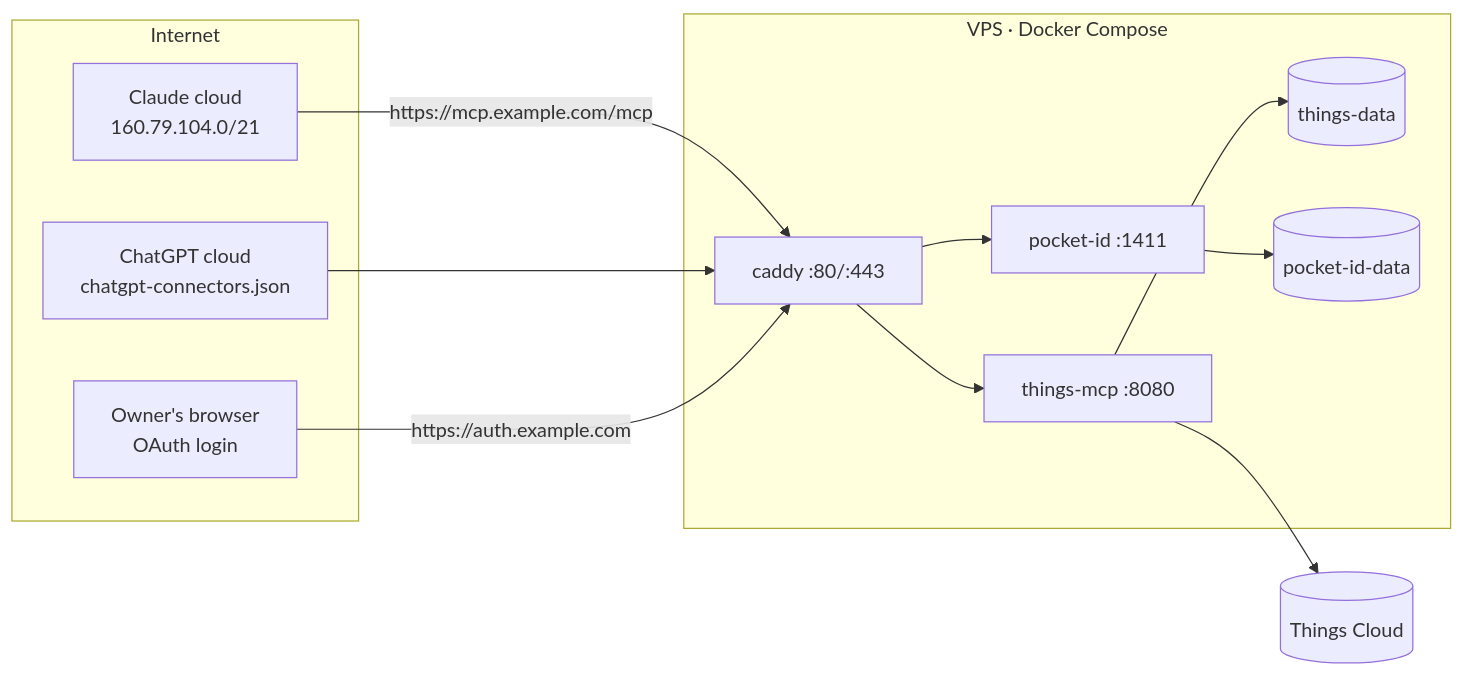
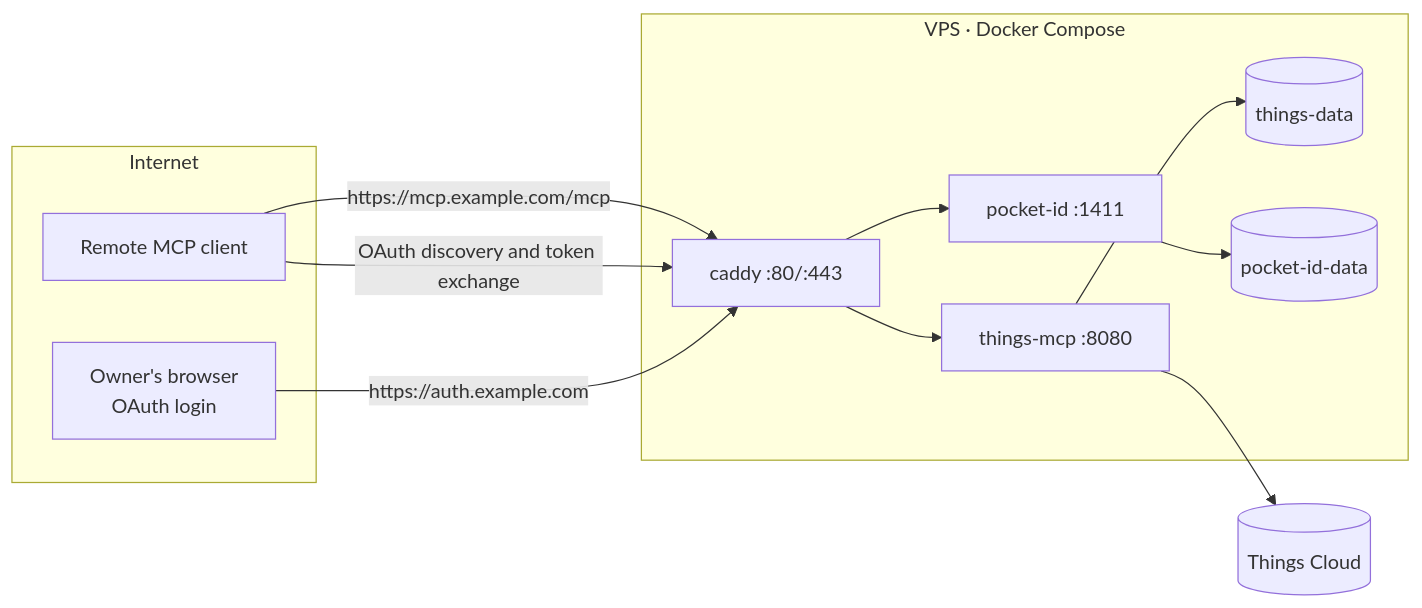
One commit to pachamaker/things-cloud-mcp changed the diagram in docs/deployment/vps.md. Above: the diagram before and after it, drawn with Mermaid. The commit also changed other lines of this file and 2 other files, not shown here.

Commit message:
Document compatibility with remote MCP clients

````diff
--- a/docs/deployment/vps.md
+++ b/docs/deployment/vps.md
@@ -37,24 +41,23 @@
 ```mermaid
 flowchart LR
   subgraph Internet
-    claude[Claude cloud<br/>160.79.104.0/21]
-    openai[ChatGPT cloud<br/>chatgpt-connectors.json]
+    client[Remote MCP client]
     browser[Owner's browser<br/>OAuth login]
   end
   subgraph VPS["VPS · Docker Compose"]
     caddy[caddy :80/:443]
     pid[pocket-id :1411]
     app[things-mcp :8080]
     vol1[(things-data)]
     vol2[(pocket-id-data)]
   end
   cloud[(Things Cloud)]
-  claude -->|https://mcp.example.com/mcp| caddy
-  openai --> caddy
+  client -->|https://mcp.example.com/mcp| caddy
+  client -->|OAuth discovery and token exchange| caddy
   browser -->|https://auth.example.com| caddy
   caddy --> app
   caddy --> pid
   app --> vol1
   pid --> vol2
   app --> cloud
 ```
````
